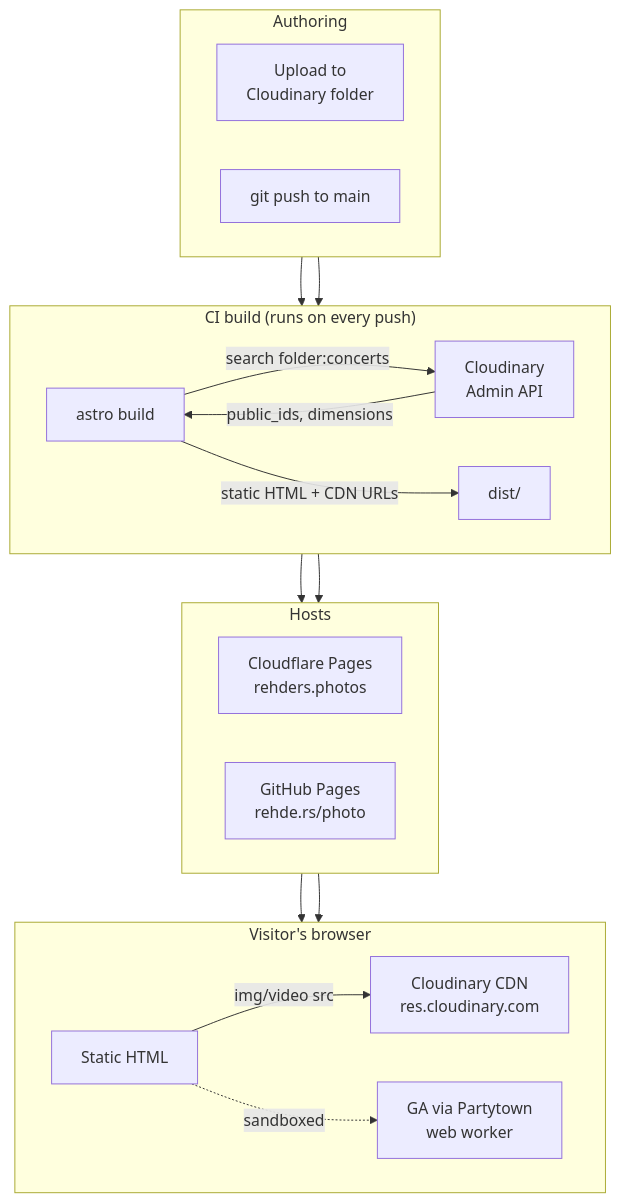
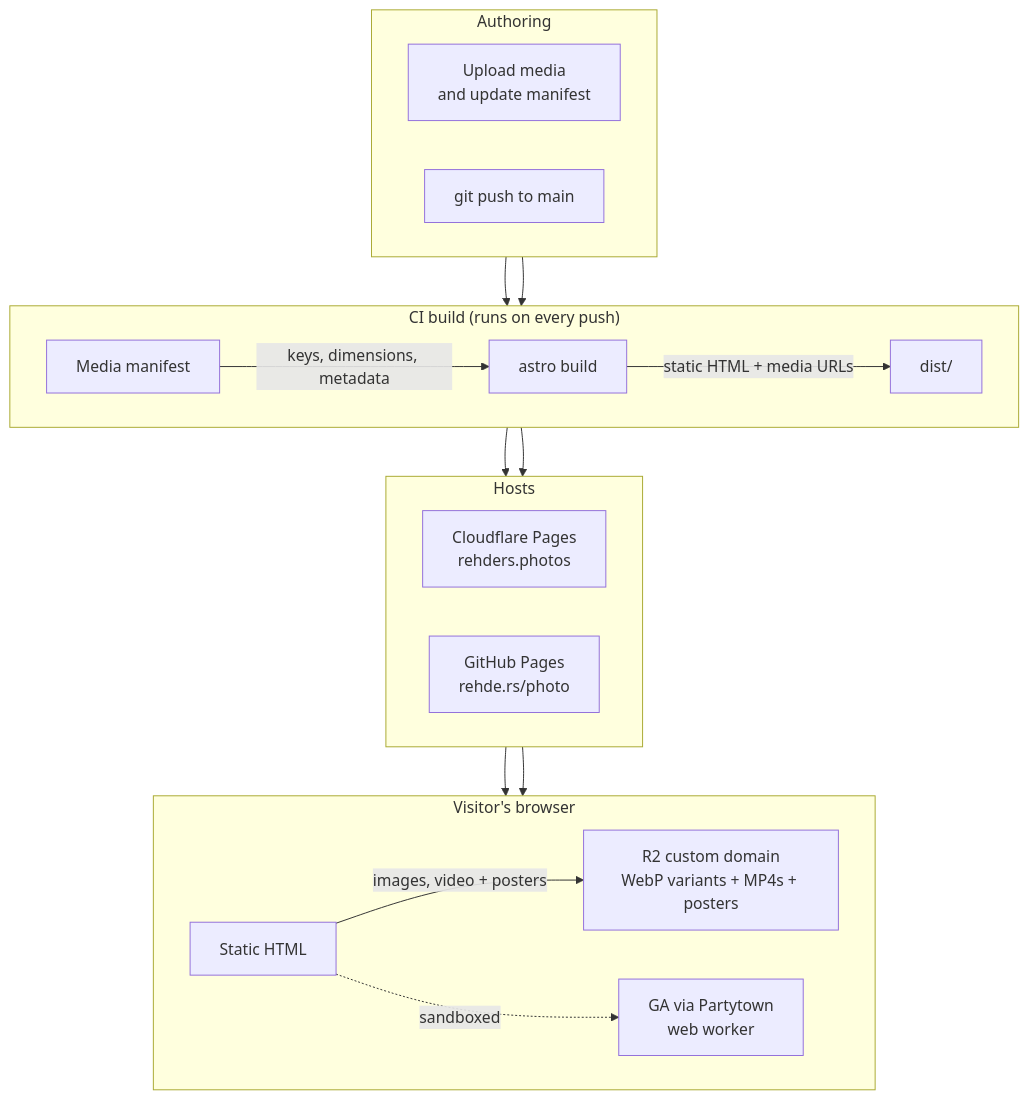
Before and after one commit to zspherez/photo: the diagram in README.md, drawn with Mermaid. The commit also changed other lines of this file and 21 other files, not shown here.

````diff
--- a/README.md
+++ b/README.md
@@ -19,40 +19,39 @@
 ```mermaid
 flowchart TD
     subgraph author["Authoring"]
         direction LR
-        upload[Upload to<br/>Cloudinary folder]
+        upload[Upload media<br/>and update manifest]
         commit[git push to main]
     end
 
     subgraph build["CI build (runs on every push)"]
         direction LR
         astro["astro build"]
-        api[Cloudinary<br/>Admin API]
+        manifest[Media manifest]
         dist[dist/]
-        astro -->|"search folder:concerts"| api
-        api -->|public_ids, dimensions| astro
-        astro -->|static HTML + CDN URLs| dist
+        manifest -->|keys, dimensions, metadata| astro
+        astro -->|static HTML + media URLs| dist
     end
 
     subgraph hosts["Hosts"]
         direction LR
         cf[Cloudflare Pages<br/>rehders.photos]
         gh[GitHub Pages<br/>rehde.rs/photo]
     end
 
     subgraph runtime["Visitor's browser"]
         direction LR
         html[Static HTML]
-        cdn[Cloudinary CDN<br/>res.cloudinary.com]
+        media[R2 custom domain<br/>WebP variants + MP4s + posters]
         gtm[GA via Partytown<br/>web worker]
-        html -->|img/video src| cdn
+        html -->|images, video + posters| media
         html -.->|sandboxed| gtm
     end
 
-    upload --> api
+    upload --> manifest
     commit --> astro
     dist --> cf
     dist --> gh
     cf --> html
     gh --> html
 ```
````
